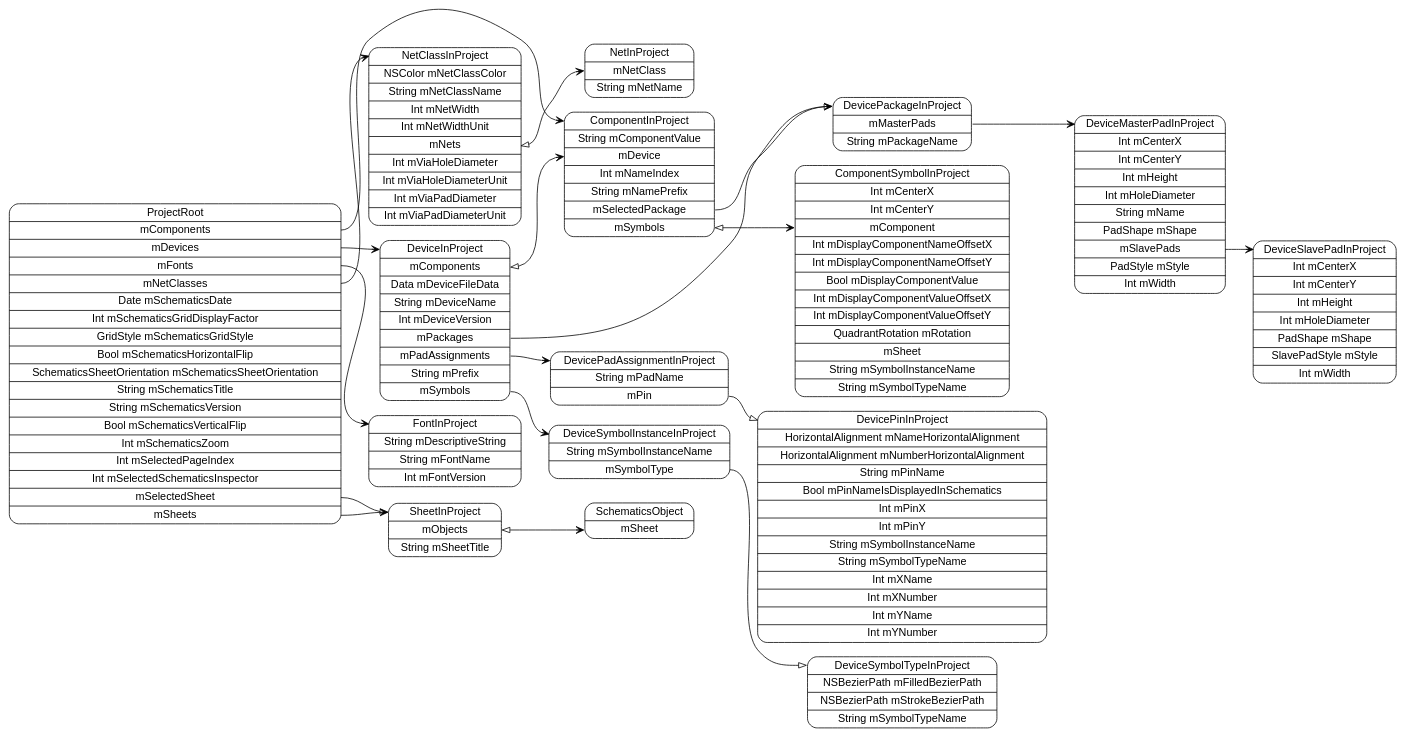
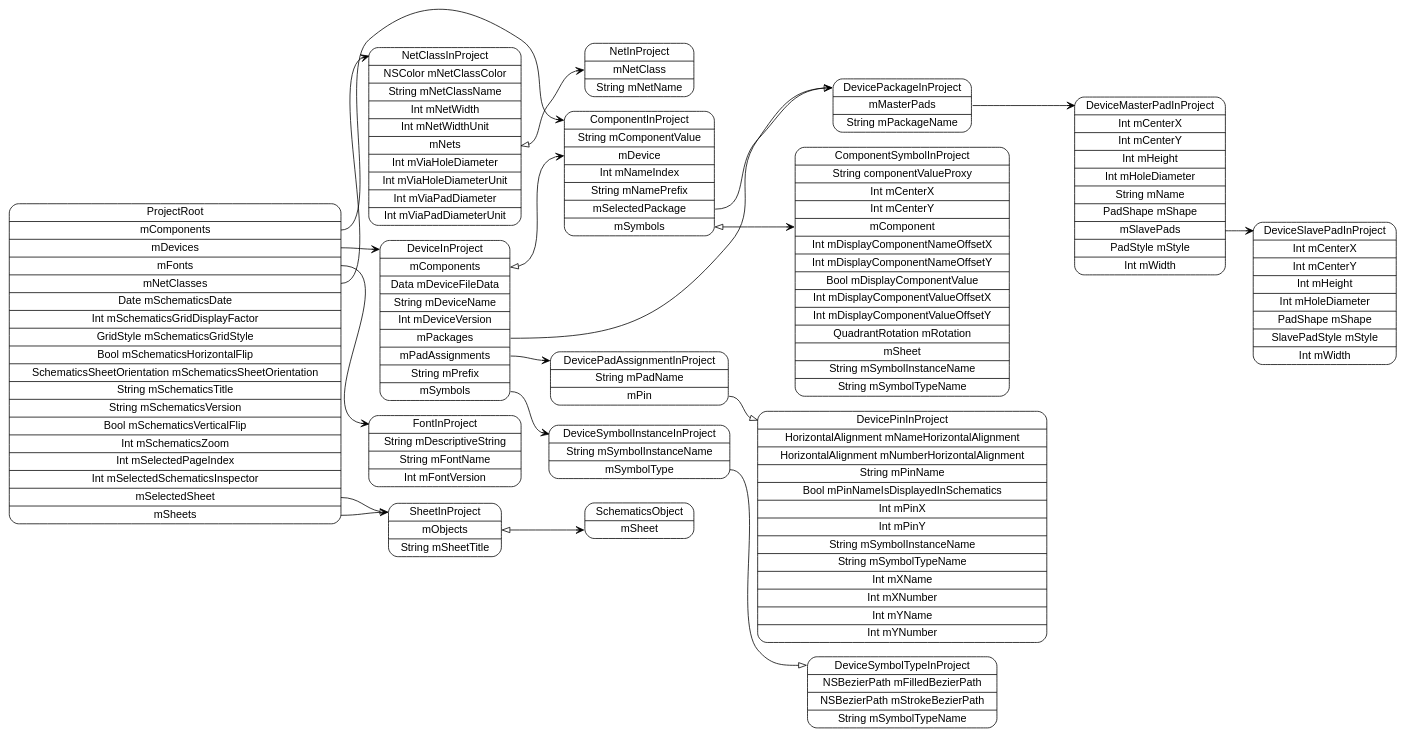
One commit to pierremolinaro/ElCanari-dev changed the diagram in models/ProjectRoot.dot. Above: the diagram before and after it, drawn with Graphviz. The commit also changed 11 other files, not shown here.

```diff
--- a/models/ProjectRoot.dot
+++ b/models/ProjectRoot.dot
@@ -1,38 +1,38 @@
 digraph G {
   rankdir=LR ;
   node [shape=record fontname=helvetica style=rounded] ;
   ProjectRoot[label="<ProjectRoot>ProjectRoot|<mComponents>mComponents|<mDevices>mDevices|<mFonts>mFonts|<mNetClasses>mNetClasses|Date mSchematicsDate|Int mSchematicsGridDisplayFactor|GridStyle mSchematicsGridStyle|Bool mSchematicsHorizontalFlip|SchematicsSheetOrientation mSchematicsSheetOrientation|String mSchematicsTitle|String mSchematicsVersion|Bool mSchematicsVerticalFlip|Int mSchematicsZoom|Int mSelectedPageIndex|Int mSelectedSchematicsInspector|<mSelectedSheet>mSelectedSheet|<mSheets>mSheets"] ;
   SheetInProject[label="<SheetInProject>SheetInProject|<mObjects>mObjects|String mSheetTitle"] ;
   SchematicsObject[label="<SchematicsObject>SchematicsObject|<mSheet>mSheet"] ;
   NetClassInProject[label="<NetClassInProject>NetClassInProject|NSColor mNetClassColor|String mNetClassName|Int mNetWidth|Int mNetWidthUnit|<mNets>mNets|Int mViaHoleDiameter|Int mViaHoleDiameterUnit|Int mViaPadDiameter|Int mViaPadDiameterUnit"] ;
   NetInProject[label="<NetInProject>NetInProject|<mNetClass>mNetClass|String mNetName"] ;
   FontInProject[label="<FontInProject>FontInProject|String mDescriptiveString|String mFontName|Int mFontVersion"] ;
   DeviceInProject[label="<DeviceInProject>DeviceInProject|<mComponents>mComponents|Data mDeviceFileData|String mDeviceName|Int mDeviceVersion|<mPackages>mPackages|<mPadAssignments>mPadAssignments|String mPrefix|<mSymbols>mSymbols"] ;
   DeviceSymbolInstanceInProject[label="<DeviceSymbolInstanceInProject>DeviceSymbolInstanceInProject|String mSymbolInstanceName|<mSymbolType>mSymbolType"] ;
   DeviceSymbolTypeInProject[label="<DeviceSymbolTypeInProject>DeviceSymbolTypeInProject|NSBezierPath mFilledBezierPath|NSBezierPath mStrokeBezierPath|String mSymbolTypeName"] ;
   DevicePadAssignmentInProject[label="<DevicePadAssignmentInProject>DevicePadAssignmentInProject|String mPadName|<mPin>mPin"] ;
   DevicePinInProject[label="<DevicePinInProject>DevicePinInProject|HorizontalAlignment mNameHorizontalAlignment|HorizontalAlignment mNumberHorizontalAlignment|String mPinName|Bool mPinNameIsDisplayedInSchematics|Int mPinX|Int mPinY|String mSymbolInstanceName|String mSymbolTypeName|Int mXName|Int mXNumber|Int mYName|Int mYNumber"] ;
   DevicePackageInProject[label="<DevicePackageInProject>DevicePackageInProject|<mMasterPads>mMasterPads|String mPackageName"] ;
   DeviceMasterPadInProject[label="<DeviceMasterPadInProject>DeviceMasterPadInProject|Int mCenterX|Int mCenterY|Int mHeight|Int mHoleDiameter|String mName|PadShape mShape|<mSlavePads>mSlavePads|PadStyle mStyle|Int mWidth"] ;
   DeviceSlavePadInProject[label="<DeviceSlavePadInProject>DeviceSlavePadInProject|Int mCenterX|Int mCenterY|Int mHeight|Int mHoleDiameter|PadShape mShape|SlavePadStyle mStyle|Int mWidth"] ;
   ComponentInProject[label="<ComponentInProject>ComponentInProject|String mComponentValue|<mDevice>mDevice|Int mNameIndex|String mNamePrefix|<mSelectedPackage>mSelectedPackage|<mSymbols>mSymbols"] ;
-  ComponentSymbolInProject[label="<ComponentSymbolInProject>ComponentSymbolInProject|Int mCenterX|Int mCenterY|<mComponent>mComponent|Int mDisplayComponentNameOffsetX|Int mDisplayComponentNameOffsetY|Bool mDisplayComponentValue|Int mDisplayComponentValueOffsetX|Int mDisplayComponentValueOffsetY|QuadrantRotation mRotation|<mSheet>mSheet|String mSymbolInstanceName|String mSymbolTypeName"] ;
+  ComponentSymbolInProject[label="<ComponentSymbolInProject>ComponentSymbolInProject|String componentValueProxy|Int mCenterX|Int mCenterY|<mComponent>mComponent|Int mDisplayComponentNameOffsetX|Int mDisplayComponentNameOffsetY|Bool mDisplayComponentValue|Int mDisplayComponentValueOffsetX|Int mDisplayComponentValueOffsetY|QuadrantRotation mRotation|<mSheet>mSheet|String mSymbolInstanceName|String mSymbolTypeName"] ;
   ProjectRoot:mComponents -> ComponentInProject:ComponentInProject [dir=both arrowtail=none arrowhead=vee] ;
   ProjectRoot:mDevices -> DeviceInProject:DeviceInProject [dir=both arrowtail=none arrowhead=vee] ;
   ProjectRoot:mFonts -> FontInProject:FontInProject [dir=both arrowtail=none arrowhead=vee] ;
   ProjectRoot:mNetClasses -> NetClassInProject:NetClassInProject [dir=both arrowtail=none arrowhead=vee] ;
   ProjectRoot:mSelectedSheet -> SheetInProject:SheetInProject [dir=both arrowtail=none arrowhead=onormal] ;
   ProjectRoot:mSheets -> SheetInProject:SheetInProject [dir=both arrowtail=none arrowhead=vee] ;
   SheetInProject:mObjects -> SchematicsObject:mSheet [dir=both arrowtail=onormal arrowhead=vee] ;
   NetClassInProject:mNets -> NetInProject:mNetClass [dir=both arrowtail=onormal arrowhead=vee] ;
   DeviceInProject:mComponents -> ComponentInProject:mDevice [dir=both arrowtail=onormal arrowhead=vee] ;
   DeviceInProject:mPackages -> DevicePackageInProject:DevicePackageInProject [dir=both arrowtail=none arrowhead=vee] ;
   DeviceInProject:mPadAssignments -> DevicePadAssignmentInProject:DevicePadAssignmentInProject [dir=both arrowtail=none arrowhead=vee] ;
   DeviceInProject:mSymbols -> DeviceSymbolInstanceInProject:DeviceSymbolInstanceInProject [dir=both arrowtail=none arrowhead=vee] ;
   DeviceSymbolInstanceInProject:mSymbolType -> DeviceSymbolTypeInProject:DeviceSymbolTypeInProject [dir=both arrowtail=none arrowhead=onormal] ;
   DevicePadAssignmentInProject:mPin -> DevicePinInProject:DevicePinInProject [dir=both arrowtail=none arrowhead=onormal] ;
   DevicePackageInProject:mMasterPads -> DeviceMasterPadInProject:DeviceMasterPadInProject [dir=both arrowtail=none arrowhead=vee] ;
   DeviceMasterPadInProject:mSlavePads -> DeviceSlavePadInProject:DeviceSlavePadInProject [dir=both arrowtail=none arrowhead=vee] ;
   ComponentInProject:mSelectedPackage -> DevicePackageInProject:DevicePackageInProject [dir=both arrowtail=none arrowhead=onormal] ;
   ComponentInProject:mSymbols -> ComponentSymbolInProject:mComponent [dir=both arrowtail=onormal arrowhead=vee] ;
 }
```
